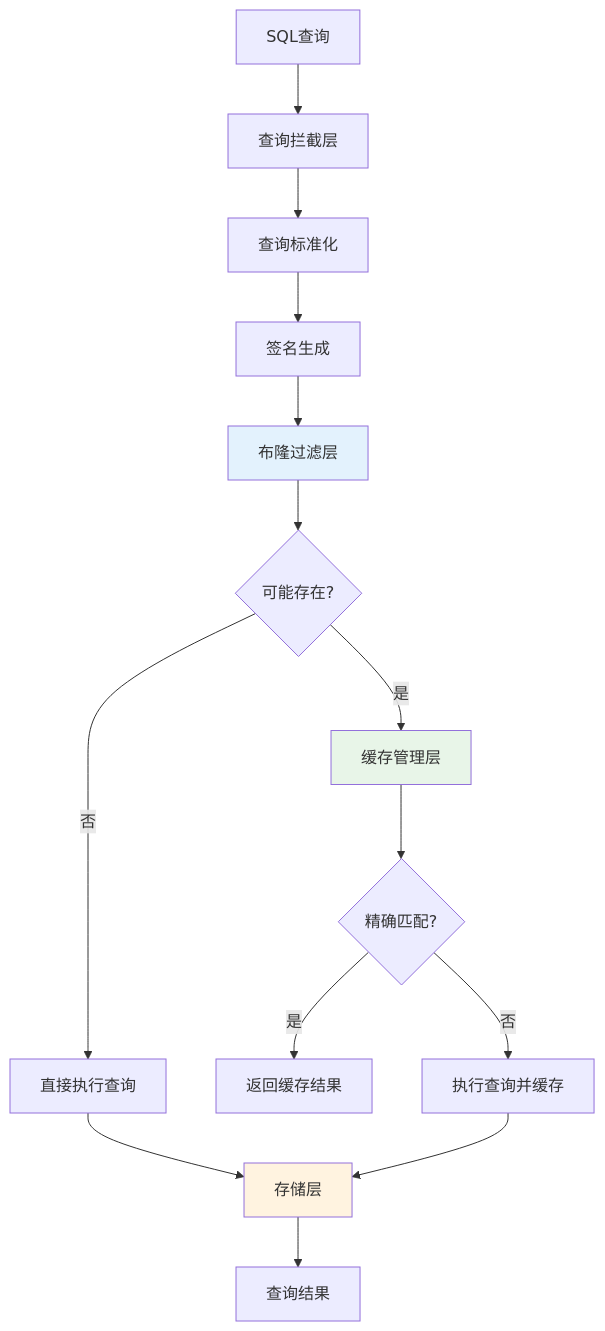
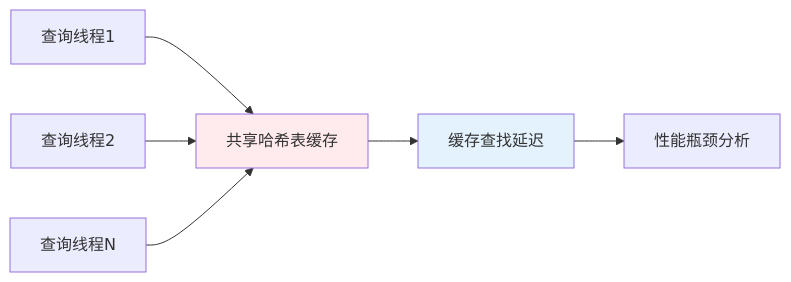
The first of 8 diagrams in md/第三章-动态缓存管理.md (crazypenguincode/duckdb), drawn with Mermaid before and after one commit. The commit also changed other lines of this file and 4 other files, not shown here.

````diff
--- a/md/第三章-动态缓存管理.md
+++ b/md/第三章-动态缓存管理.md
@@ -11,20 +23,12 @@
 ```mermaid
-graph TB
-    A[SQL查询] --> B[查询拦截层]
-    B --> C[查询标准化]
-    C --> D[签名生成]
-    D --> E[布隆过滤层]
-    E --> F{可能存在?}
-    F --> |否| G[直接执行查询]
-    F --> |是| H[缓存管理层]
-    H --> I{精确匹配?}
-    I --> |是| J[返回缓存结果]
-    I --> |否| K[执行查询并缓存]
-    G --> L[存储层]
-    K --> L
-    L --> M[查询结果]
+graph LR
+    A[查询线程1] --> D[共享哈希表缓存]
+    B[查询线程2] --> D
+    C[查询线程N] --> D
     
+    D --> E[缓存查找延迟]
+    E --> F[性能瓶颈分析]
+    
+    style D fill:#ffebee
     style E fill:#e3f2fd
-    style H fill:#e8f5e8
-    style L fill:#fff3e0
 ```
````
